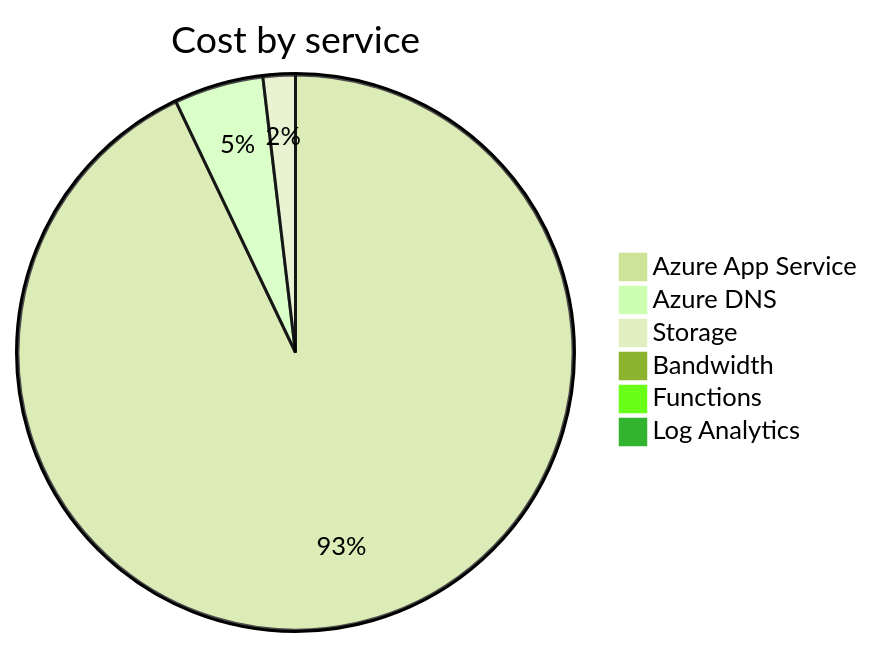
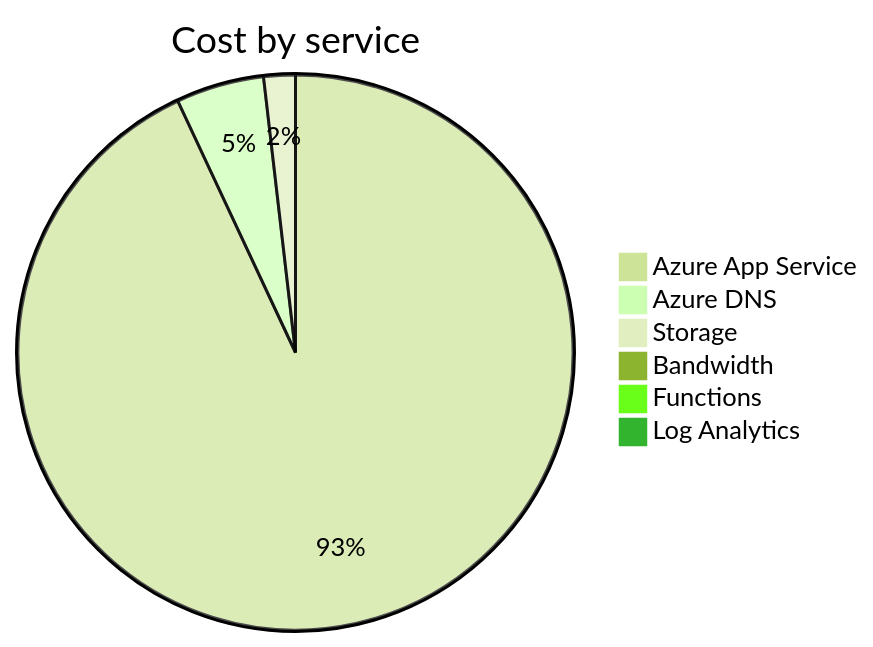
One commit to jpfulton/azure-personal-reports changed the second of 4 diagrams in cost-reports/accumulated-cost.md. Above: the diagram before and after it, drawn with Mermaid (forest theme). The commit also changed other lines of this file and 4 other files, not shown here.

````diff
--- a/cost-reports/accumulated-cost.md
+++ b/cost-reports/accumulated-cost.md
@@ -100,10 +100,10 @@
 ```mermaid
 pie
    title Cost by service
-   "Azure App Service" : 6.43
-   "Azure DNS" : 0.36
-   "Storage" : 0.13
+   "Azure App Service" : 7.08
+   "Azure DNS" : 0.39
+   "Storage" : 0.14
    "Bandwidth" : 0.00
    "Functions" : 0.00
    "Log Analytics" : 0.00
 ```
````
